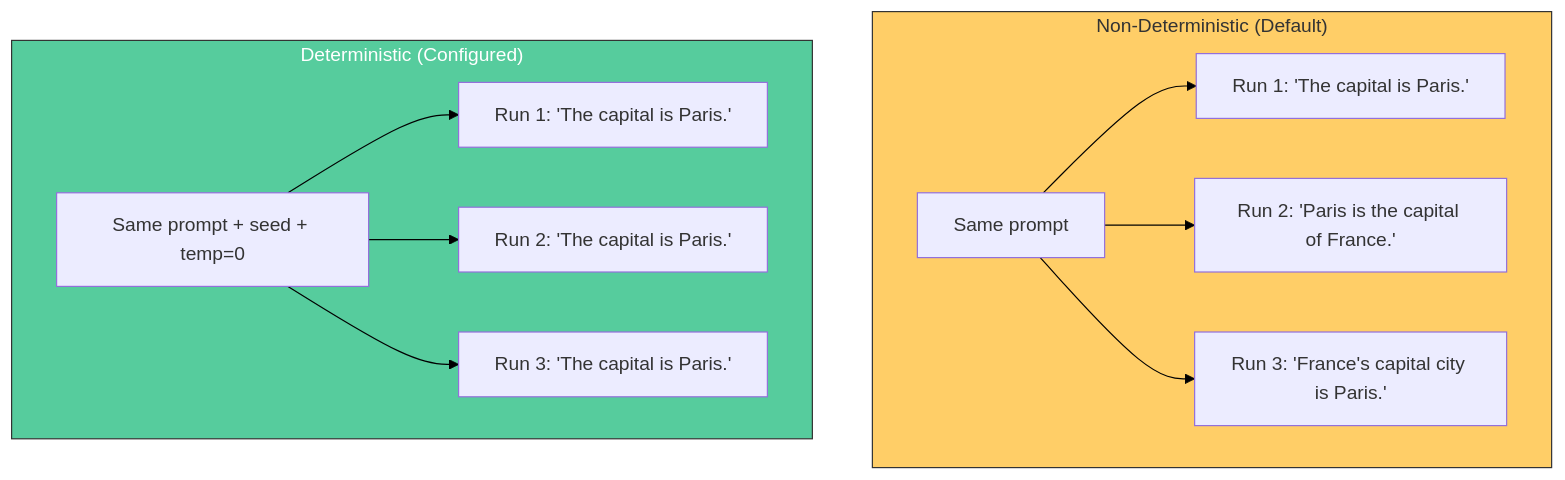
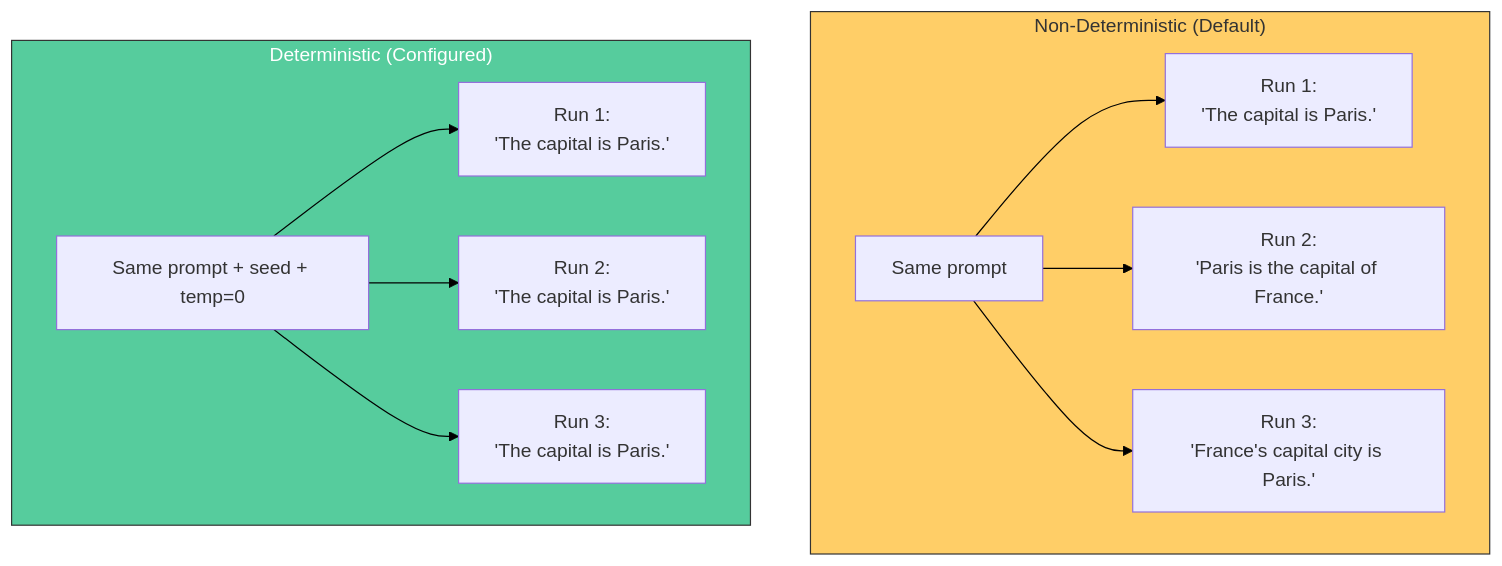
One commit to tanquangduong/tanquangduong.github.io changed the fifth of 10 diagrams in posts/llm-interview/LLM-Interview-QA-3.qmd. Above: the diagram before and after it, drawn with Mermaid. The commit also changed other lines of this file and 10 other files, not shown here.

````diff
--- a/posts/llm-interview/LLM-Interview-QA-3.qmd
+++ b/posts/llm-interview/LLM-Interview-QA-3.qmd
@@ -343,26 +343,26 @@
 ```{mermaid}
 graph TD
     linkStyle default stroke:#000,color:#000
     subgraph NonDet["Non-Deterministic (Default)"]
         ND1["Same prompt"]
-        ND2["Run 1: 'The capital is Paris.'"]
-        ND3["Run 2: 'Paris is the capital of France.'"]
-        ND4["Run 3: 'France's capital city is Paris.'"]
+        ND2["Run 1:<br/>'The capital is Paris.'"]
+        ND3["Run 2:<br/>'Paris is the capital of France.'"]
+        ND4["Run 3:<br/>'France's capital city is Paris.'"]
         ND1 --> ND2
         ND1 --> ND3
         ND1 --> ND4
     end
 
     subgraph Det["Deterministic (Configured)"]
         D1["Same prompt + seed + temp=0"]
-        D2["Run 1: 'The capital is Paris.'"]
-        D3["Run 2: 'The capital is Paris.'"]
-        D4["Run 3: 'The capital is Paris.'"]
+        D2["Run 1:<br/>'The capital is Paris.'"]
+        D3["Run 2:<br/>'The capital is Paris.'"]
+        D4["Run 3:<br/>'The capital is Paris.'"]
         D1 --> D2
         D1 --> D3
         D1 --> D4
     end
 
     style NonDet fill:#ffce67,stroke:#333
     style Det fill:#56cc9d,stroke:#333,color:#fff
 ```
````
